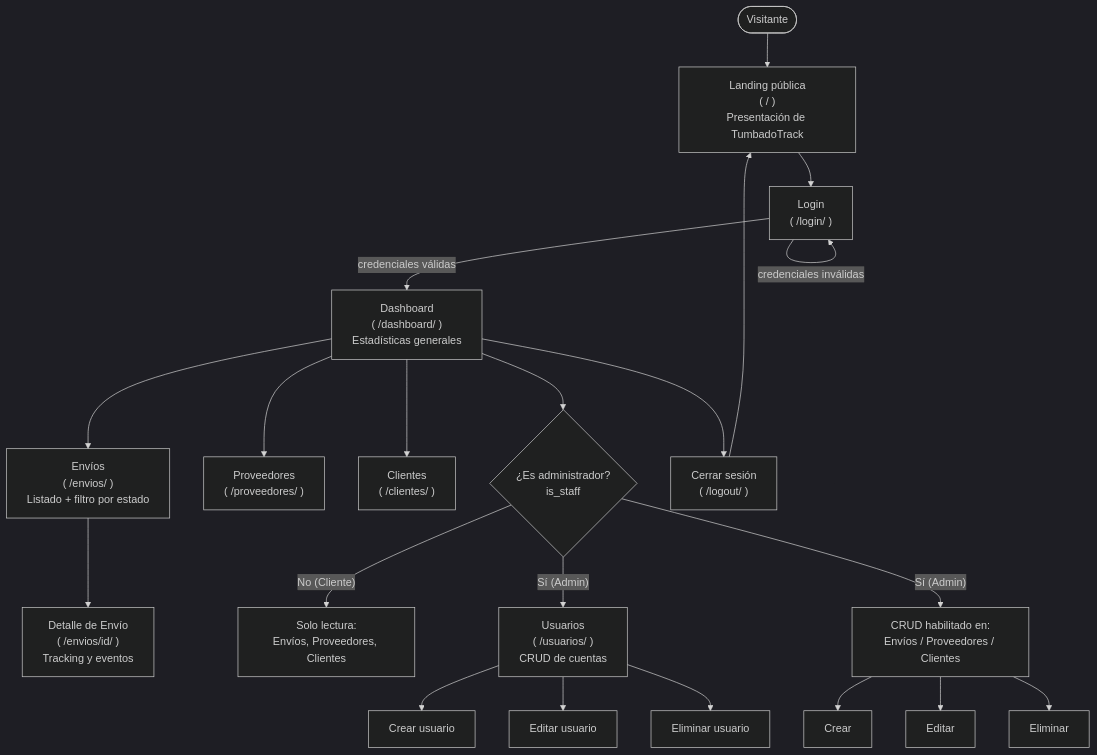
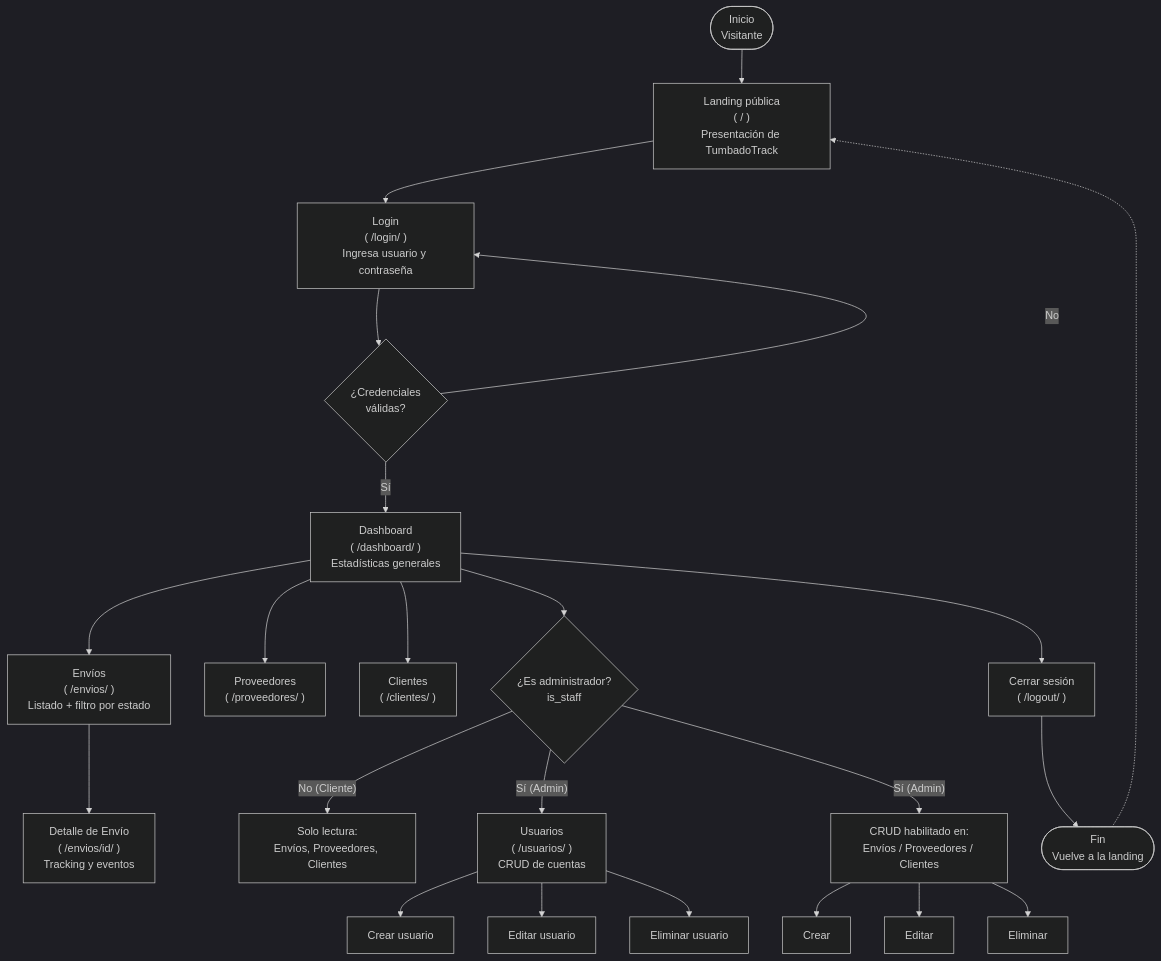
One commit to Danieel17/TumbadoTrack changed the diagram in docs/evaluacion1/diagrama-flujo.mmd. Above: the diagram before and after it, drawn with Mermaid (dark theme). The commit also changed 1 other file, not shown here.

Commit message:
Evaluación 1: corrige notación del diagrama de flujo
La validación de credenciales del login pasa de un bucle sobre una caja
de proceso a un rombo de decisión explícito ("¿Credenciales válidas?"),
y se agregan óvalos de inicio/fin, siguiendo la notación estándar de
diagramas de flujo.

```diff
--- a/docs/evaluacion1/diagrama-flujo.mmd
+++ b/docs/evaluacion1/diagrama-flujo.mmd
@@ -1,26 +1,28 @@
 flowchart TD
-    A(["Visitante"]) --> B["Landing pública<br/>( / )<br/>Presentación de TumbadoTrack"]
-    B --> C["Login<br/>( /login/ )"]
-    C -->|"credenciales inválidas"| C
-    C -->|"credenciales válidas"| D["Dashboard<br/>( /dashboard/ )<br/>Estadísticas generales"]
+    A(["Inicio<br/>Visitante"]) --> B["Landing pública<br/>( / )<br/>Presentación de TumbadoTrack"]
+    B --> C["Login<br/>( /login/ )<br/>Ingresa usuario y contraseña"]
+    C --> V{"¿Credenciales<br/>válidas?"}
+    V -->|"No"| C
+    V -->|"Sí"| D["Dashboard<br/>( /dashboard/ )<br/>Estadísticas generales"]
 
     D --> E["Envíos<br/>( /envios/ )<br/>Listado + filtro por estado"]
     E --> F["Detalle de Envío<br/>( /envios/id/ )<br/>Tracking y eventos"]
     D --> G["Proveedores<br/>( /proveedores/ )"]
     D --> H["Clientes<br/>( /clientes/ )"]
     D --> I{"¿Es administrador?<br/>is_staff"}
 
     I -->|"No (Cliente)"| J["Solo lectura:<br/>Envíos, Proveedores, Clientes"]
     I -->|"Sí (Admin)"| K["Usuarios<br/>( /usuarios/ )<br/>CRUD de cuentas"]
 
     K --> K1["Crear usuario"]
     K --> K2["Editar usuario"]
     K --> K3["Eliminar usuario"]
 
     I -->|"Sí (Admin)"| L["CRUD habilitado en:<br/>Envíos / Proveedores / Clientes"]
     L --> L1["Crear"]
     L --> L2["Editar"]
     L --> L3["Eliminar"]
 
     D --> M["Cerrar sesión<br/>( /logout/ )"]
-    M --> B
+    M --> Z(["Fin<br/>Vuelve a la landing"])
+    Z -.-> B
```
